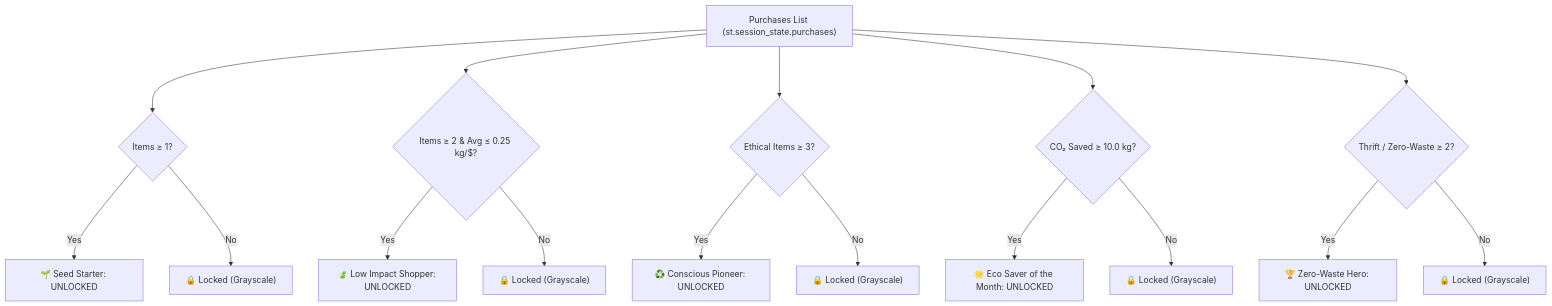
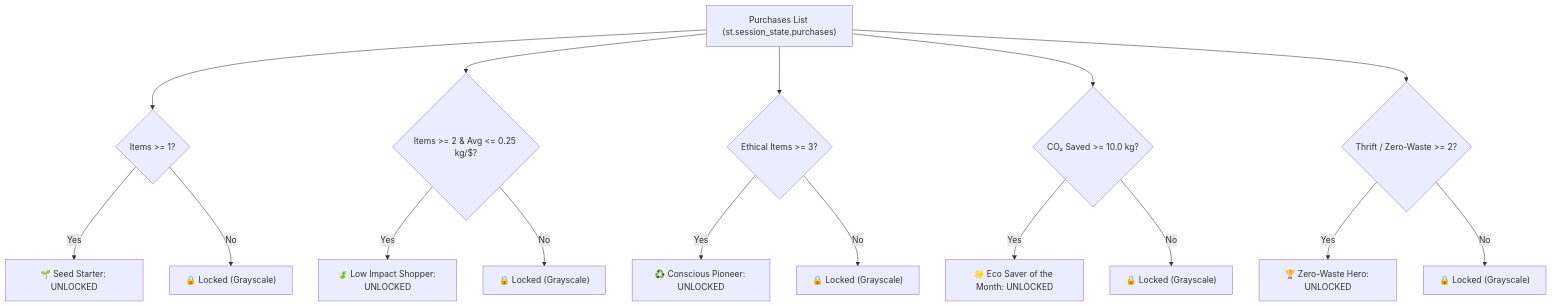
One commit to parthibcpana/IDAI102-1000544-PARTH-PARVINBHAI-GAJERA-SA changed the fifth of 8 diagrams in README.md. Above: the diagram before and after it, drawn with Mermaid. The commit also changed other lines of this file, not shown here.

````diff
--- a/README.md
+++ b/README.md
@@ -207,22 +220,22 @@
 ```mermaid
 flowchart TD
-    L["Purchases List (st.session_state.purchases)"] --> C1{"Items ≥ 1?"}
+    L["Purchases List (st.session_state.purchases)"] --> C1{"Items >= 1?"}
     C1 -- Yes --> B1["🌱 Seed Starter: UNLOCKED"]
     C1 -- No --> L1["🔒 Locked (Grayscale)"]
 
-    L --> C2{"Items ≥ 2 & Avg ≤ 0.25 kg/$?"}
+    L --> C2{"Items >= 2 & Avg <= 0.25 kg/$?"}
     C2 -- Yes --> B2["🍃 Low Impact Shopper: UNLOCKED"]
     C2 -- No --> L2["🔒 Locked (Grayscale)"]
 
-    L --> C3{"Ethical Items ≥ 3?"}
+    L --> C3{"Ethical Items >= 3?"}
     C3 -- Yes --> B3["♻️ Conscious Pioneer: UNLOCKED"]
     C3 -- No --> L3["🔒 Locked (Grayscale)"]
 
-    L --> C4{"CO₂ Saved ≥ 10.0 kg?"}
+    L --> C4{"CO₂ Saved >= 10.0 kg?"}
     C4 -- Yes --> B4["🌟 Eco Saver of the Month: UNLOCKED"]
     C4 -- No --> L4["🔒 Locked (Grayscale)"]
 
-    L --> C5{"Thrift / Zero-Waste ≥ 2?"}
+    L --> C5{"Thrift / Zero-Waste >= 2?"}
     C5 -- Yes --> B5["🏆 Zero-Waste Hero: UNLOCKED"]
     C5 -- No --> L5["🔒 Locked (Grayscale)"]
 ```
````
